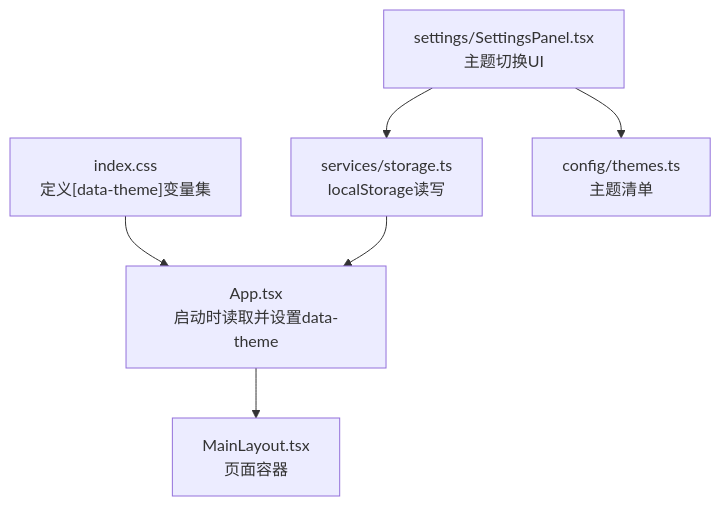
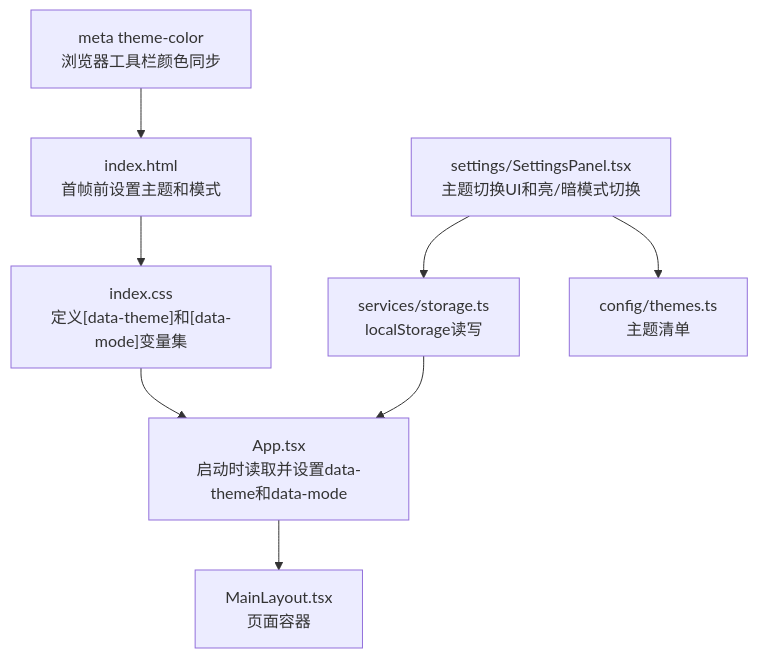
One commit to billye220670/AIShop changed the first of 5 diagrams in .qoder/repowiki/zh/content/配置管理/主题配置系统.md. Above: the diagram before and after it, drawn with Mermaid. The commit also changed other lines of this file and 44 other files, not shown here.

````diff
--- a/.qoder/repowiki/zh/content/配置管理/主题配置系统.md
+++ b/.qoder/repowiki/zh/content/配置管理/主题配置系统.md
@@ -37,8 +50,10 @@
 ```mermaid
 graph TB
-A["index.css<br/>定义[data-theme]变量集"] --> B["App.tsx<br/>启动时读取并设置data-theme"]
-C["settings/SettingsPanel.tsx<br/>主题切换UI"] --> D["services/storage.ts<br/>localStorage读写"]
+A["index.css<br/>定义[data-theme]和[data-mode]变量集"] --> B["App.tsx<br/>启动时读取并设置data-theme和data-mode"]
+C["settings/SettingsPanel.tsx<br/>主题切换UI和亮/暗模式切换"] --> D["services/storage.ts<br/>localStorage读写"]
 C --> E["config/themes.ts<br/>主题清单"]
 B --> F["MainLayout.tsx<br/>页面容器"]
 D --> B
+G["index.html<br/>首帧前设置主题和模式"] --> A
+H["meta theme-color<br/>浏览器工具栏颜色同步"] --> G
 ```
````
